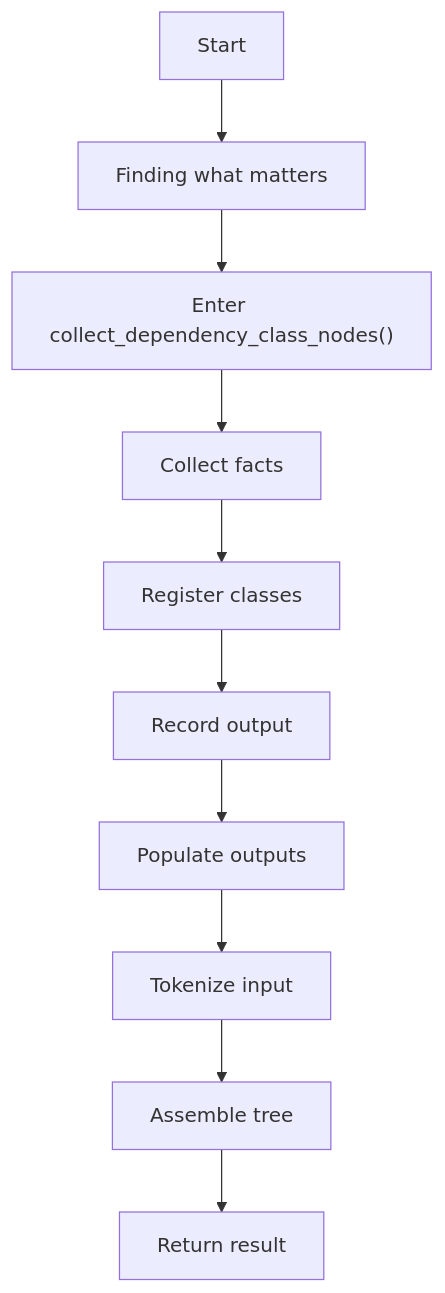
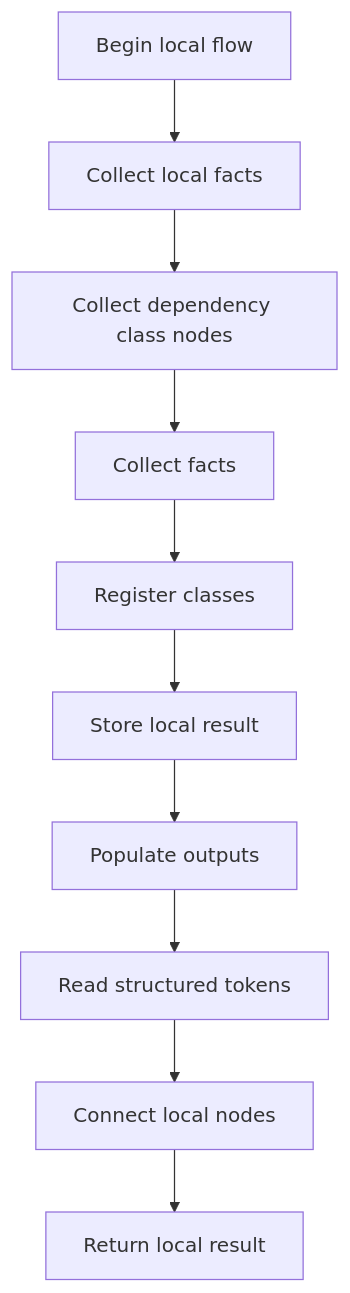
The first of 6 diagrams in docs/Codebase/Microservice/Modules/Source/Trees/Shared/dependency_utils.cpp.md (JohnAndrewBalbarosa/NeoTerritory), drawn with Mermaid before and after one commit. The commit also changed other lines of this file and 915 other files, not shown here.

````diff
--- a/docs/Codebase/Microservice/Modules/Source/Trees/Shared/dependency_utils.cpp.md
+++ b/docs/Codebase/Microservice/Modules/Source/Trees/Shared/dependency_utils.cpp.md
@@ -30,22 +29,22 @@
 ```mermaid
 flowchart TD
-    N0["Start"]
-    N1["Finding what matters"]
-    N2["Enter collect_dependency_class_nodes()"]
+    N0["Begin local flow"]
+    N1["Collect local facts"]
+    N2["Collect dependency class nodes"]
     N3["Collect facts"]
     N4["Register classes"]
-    N5["Record output"]
+    N5["Store local result"]
     N6["Populate outputs"]
-    N7["Tokenize input"]
-    N8["Assemble tree"]
-    N9["Return result"]
+    N7["Read structured tokens"]
+    N8["Connect local nodes"]
+    N9["Return local result"]
     N0 --> N1
     N1 --> N2
     N2 --> N3
     N3 --> N4
     N4 --> N5
     N5 --> N6
     N6 --> N7
     N7 --> N8
     N8 --> N9
 ```
````
